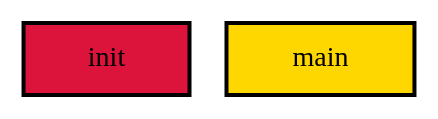
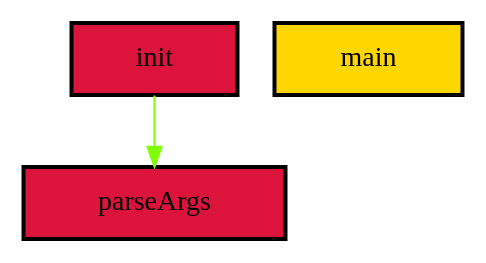
The diagram in SourceGraph/graphs/Main.dot (SamLex/TheCodeOfLife), drawn with Graphviz before and after one commit. The commit also changed 28 other files, not shown here.

```diff
--- a/SourceGraph/graphs/Main.dot
+++ b/SourceGraph/graphs/Main.dot
@@ -1,12 +1,18 @@
 digraph "Diagram of: Main" {
     node [margin="0.4,0.1"
          ,style=filled];
     1 [label=init
       ,shape=box
       ,fillcolor=crimson
       ,style="filled,bold"];
     2 [label=main
       ,shape=box
       ,fillcolor=gold
       ,style="filled,bold"];
+    3 [label=parseArgs
+      ,shape=box
+      ,fillcolor=crimson
+      ,style="filled,bold"];
+    1 -> 3 [penwidth=1
+           ,color=chartreuse];
 }
```
